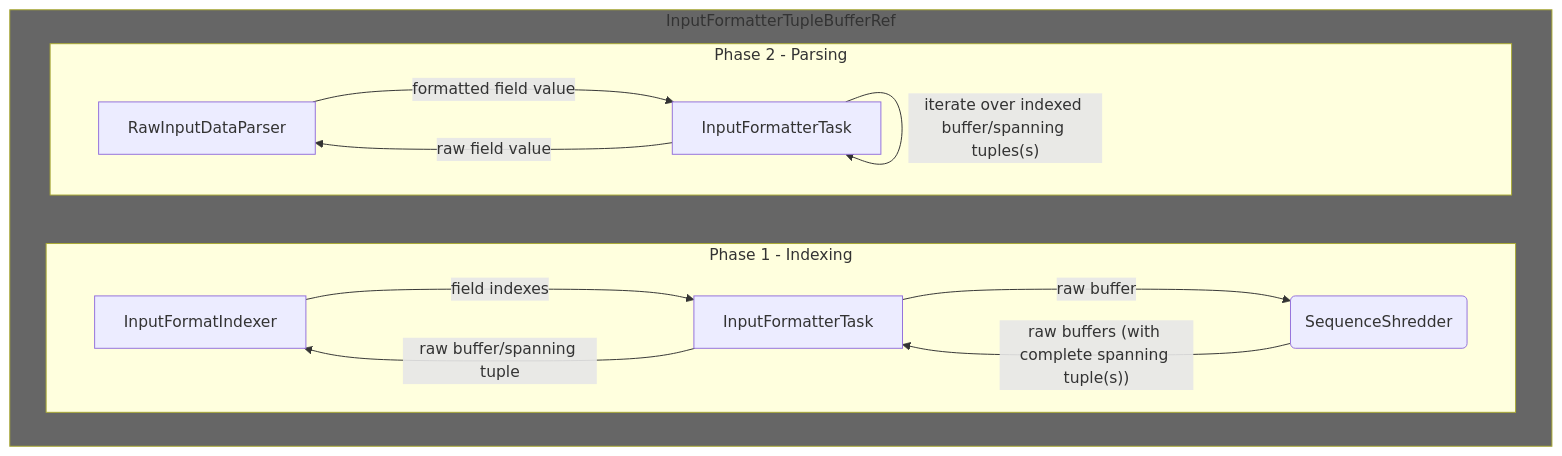
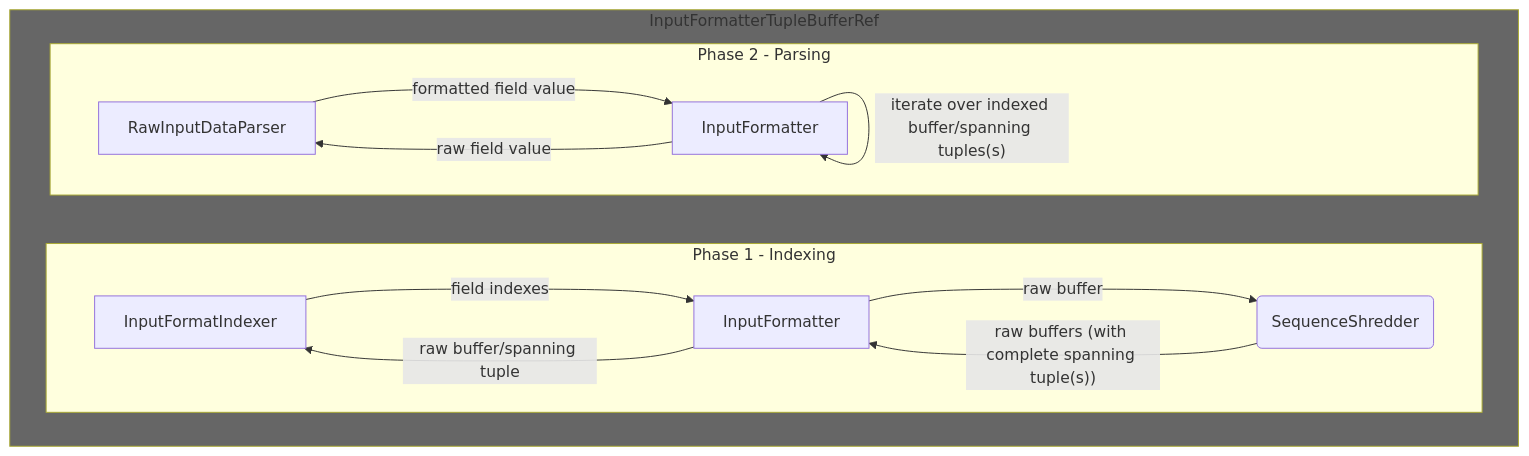
Before and after one commit to nebulastream/nebulastream: the second of 3 diagrams in nes-input-formatters/README.md, drawn with Mermaid. The commit also changed other lines of this file and 18 other files, not shown here.

Commit message:
renamed InputFormatterTask to InputFormatter

````diff
--- a/nes-input-formatters/README.md
+++ b/nes-input-formatters/README.md
@@ -137,21 +137,21 @@
 ```mermaid
 flowchart TB
     subgraph InputFormatterTupleBufferRef
         subgraph Phase 1 - Indexing
             direction LR
-            B[InputFormatIndexer] --->|field indexes| A(InputFormatterTask)
-            A[InputFormatterTask] --->|raw buffer/spanning tuple| B(InputFormatIndexer)
-            C[InputFormatterTask] --->|" raw buffers (with complete spanning tuple(s)) "| A(SequenceShredder)
-            A[InputFormatterTask] --->|raw buffer| C(SequenceShredder)
+            B[InputFormatIndexer] --->|field indexes| A(InputFormatter)
+            A[InputFormatter] --->|raw buffer/spanning tuple| B(InputFormatIndexer)
+            C[InputFormatter] --->|" raw buffers (with complete spanning tuple(s)) "| A(SequenceShredder)
+            A[InputFormatter] --->|raw buffer| C(SequenceShredder)
             B[InputFormatIndexer]
         end
         subgraph "Phase 2 - Parsing"
             direction LR
-            N[InputFormatterTask] --->|formatted field value| M(RawInputDataParser)
-            M[InputFormatterTask] --->|raw field value| N(RawInputDataParser)
+            N[InputFormatter] --->|formatted field value| M(RawInputDataParser)
+            M[InputFormatter] --->|raw field value| N(RawInputDataParser)
             M --->|" iterate over indexed buffer/spanning tuples(s) "| M
             N[RawInputDataParser]
         end
         style InputFormatterTupleBufferRef fill: #666666
     end
 ```
````
